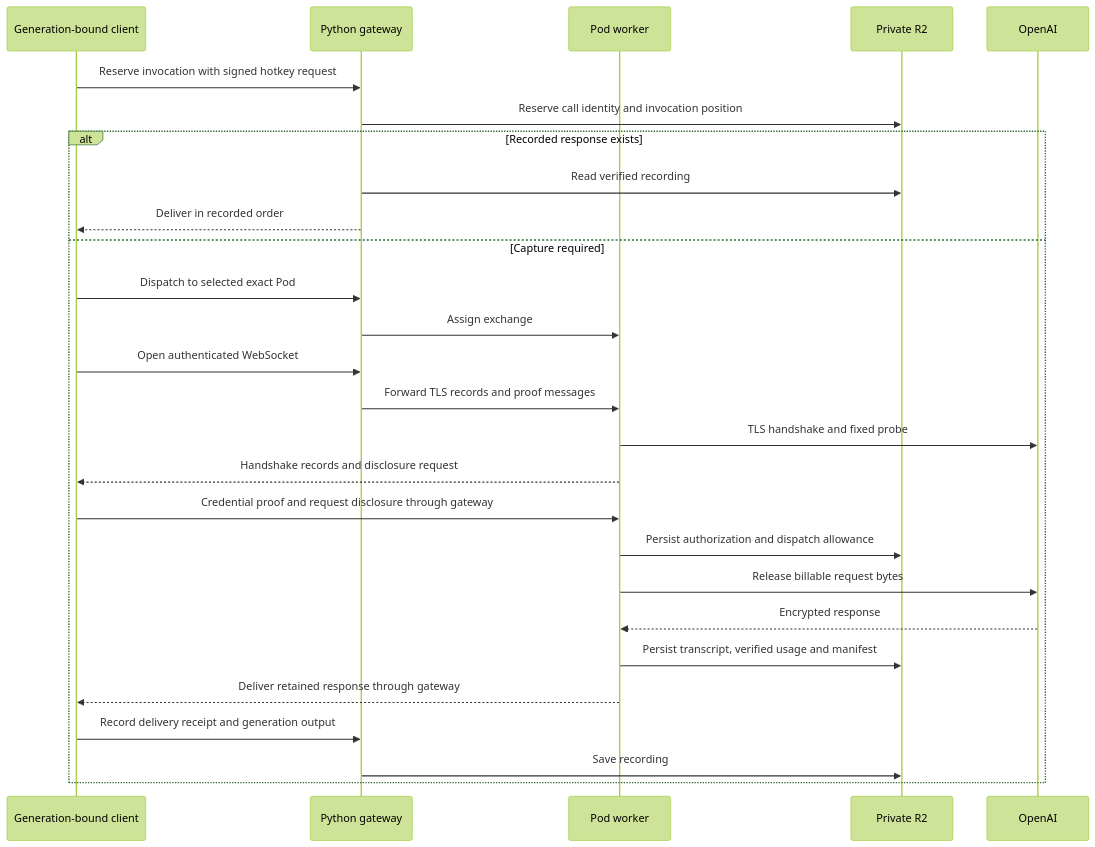
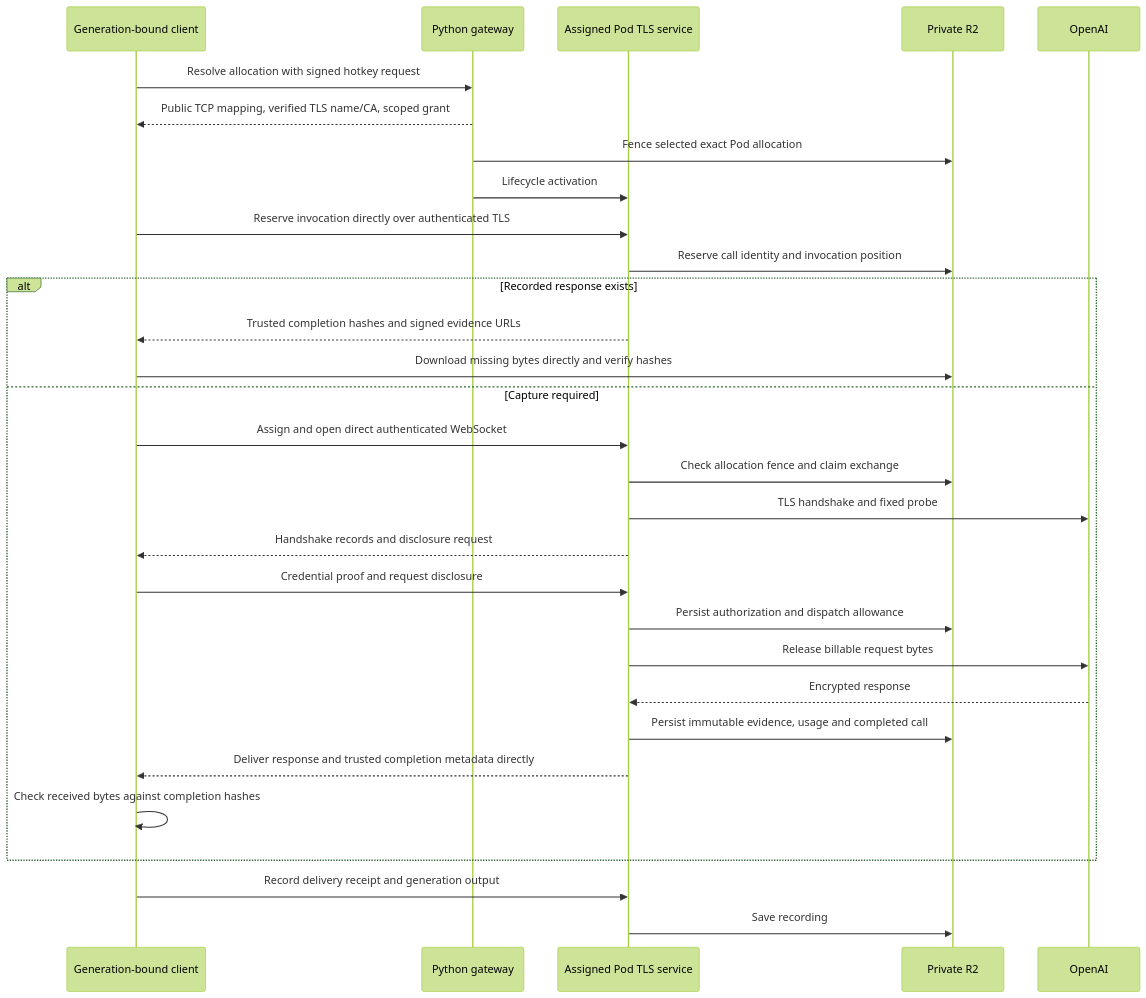
Before and after one commit to 404-Repo/404-gen-subnet: the first of 2 diagrams in witness-client/SEQUENCE.md, drawn with Mermaid (forest theme). The commit also changed other lines of this file and 52 other files, not shown here.

First line of the commit message:
Use direct witness Pod transport and bounded recovery

````diff
--- a/witness-client/SEQUENCE.md
+++ b/witness-client/SEQUENCE.md
@@ -8,29 +8,32 @@
 ```mermaid
 sequenceDiagram
     participant M as Generation-bound client
     participant G as Python gateway
-    participant W as Pod worker
+    participant W as Assigned Pod TLS service
     participant R as Private R2
     participant O as OpenAI
-    M->>G: Reserve invocation with signed hotkey request
-    G->>R: Reserve call identity and invocation position
+    M->>G: Resolve allocation with signed hotkey request
+    G-->>M: Public TCP mapping, verified TLS name/CA, scoped grant
+    G->>R: Fence selected exact Pod allocation
+    G->>W: Lifecycle activation
+    M->>W: Reserve invocation directly over authenticated TLS
+    W->>R: Reserve call identity and invocation position
     alt Recorded response exists
-        G->>R: Read verified recording
-        G-->>M: Deliver in recorded order
+        W-->>M: Trusted completion hashes and signed evidence URLs
+        M->>R: Download missing bytes directly and verify hashes
     else Capture required
-        M->>G: Dispatch to selected exact Pod
-        G->>W: Assign exchange
-        M->>G: Open authenticated WebSocket
-        G->>W: Forward TLS records and proof messages
+        M->>W: Assign and open direct authenticated WebSocket
+        W->>R: Check allocation fence and claim exchange
         W->>O: TLS handshake and fixed probe
         W-->>M: Handshake records and disclosure request
-        M->>W: Credential proof and request disclosure through gateway
+        M->>W: Credential proof and request disclosure
         W->>R: Persist authorization and dispatch allowance
         W->>O: Release billable request bytes
         O-->>W: Encrypted response
-        W->>R: Persist transcript, verified usage and manifest
-        W-->>M: Deliver retained response through gateway
-        M->>G: Record delivery receipt and generation output
-        G->>R: Save recording
+        W->>R: Persist immutable evidence, usage and completed call
+        W-->>M: Deliver response and trusted completion metadata directly
+        M->>M: Check received bytes against completion hashes
     end
+    M->>W: Record delivery receipt and generation output
+    W->>R: Save recording
 ```
````
